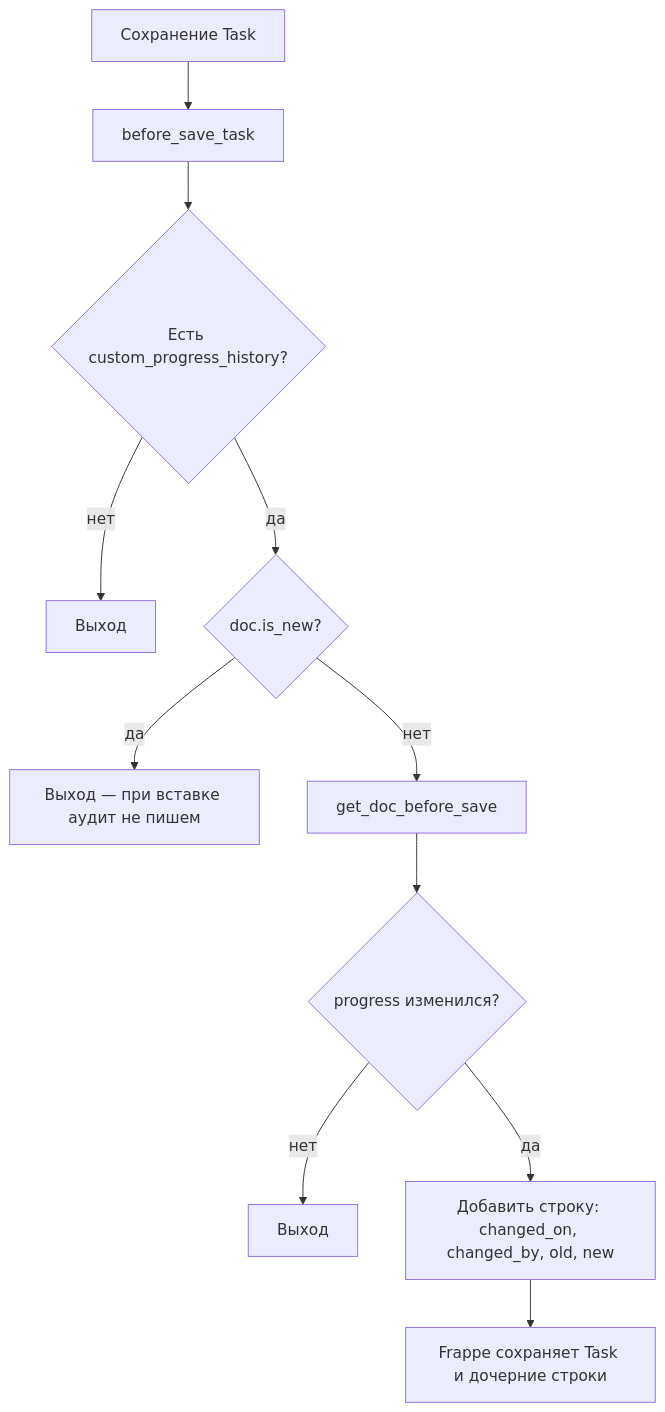
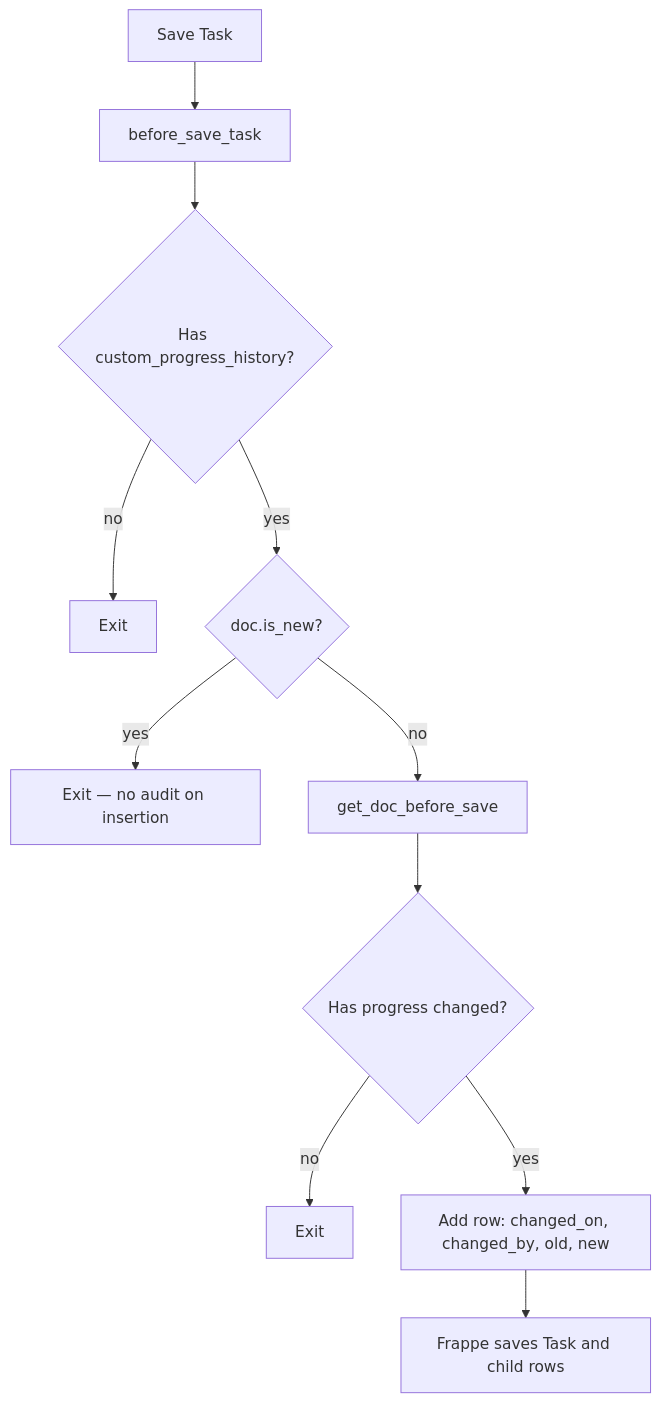
The first of 5 diagrams in README.md (Dinext-pro/dinext-project-tasks-gantt), drawn with Mermaid before and after one commit. The commit also changed other lines of this file and 1 other file, not shown here.

````diff
--- a/README.md
+++ b/README.md
@@ -160,13 +158,13 @@
 ```mermaid
 flowchart TD
-    save[Сохранение Task] --> hook[before_save_task]
-    hook --> checkField{Есть custom_progress_history?}
-    checkField -->|нет| skip1[Выход]
-    checkField -->|да| checkNew{doc.is_new?}
-    checkNew -->|да| skip2[Выход — при вставке аудит не пишем]
-    checkNew -->|нет| loadPrev[get_doc_before_save]
-    loadPrev --> compare{progress изменился?}
-    compare -->|нет| skip3[Выход]
-    compare -->|да| append[Добавить строку: changed_on, changed_by, old, new]
-    append --> persist[Frappe сохраняет Task и дочерние строки]
+    save[Save Task] --> hook[before_save_task]
+    hook --> checkField{Has custom_progress_history?}
+    checkField -->|no| skip1[Exit]
+    checkField -->|yes| checkNew{doc.is_new?}
+    checkNew -->|yes| skip2[Exit — no audit on insertion]
+    checkNew -->|no| loadPrev[get_doc_before_save]
+    loadPrev --> compare{Has progress changed?}
+    compare -->|no| skip3[Exit]
+    compare -->|yes| append[Add row: changed_on, changed_by, old, new]
+    append --> persist[Frappe saves Task and child rows]
 ```
````
